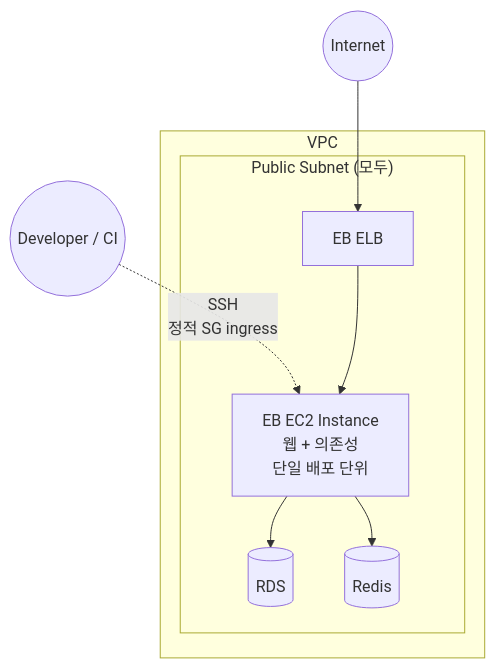
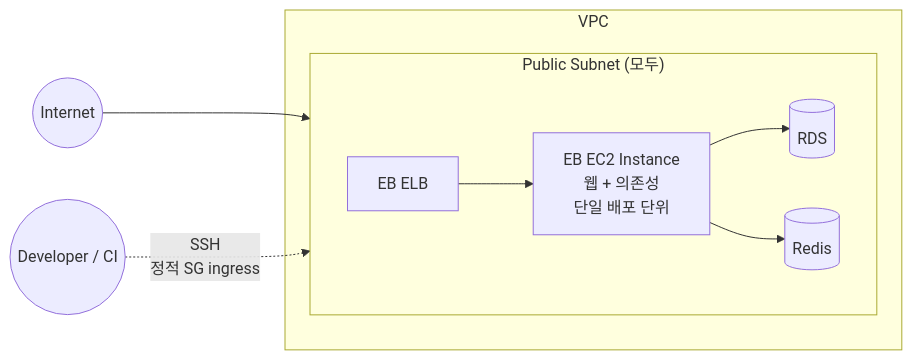
One commit to texasroh/texasroh.github.io changed the fifth of 6 diagrams in _portfolio/portfolio.md. Above: the diagram before and after it, drawn with Mermaid. The commit also changed other lines of this file, not shown here.

First line of the commit message:
docs(portfolio): horizontal 4.2 diagrams + restore 검색 row

````diff
--- a/_portfolio/portfolio.md
+++ b/_portfolio/portfolio.md
@@ -214,16 +214,17 @@
 ```mermaid
-flowchart TB
+flowchart LR
     Internet_b((Internet)) --> ELB["EB ELB"]
     Dev_b((Developer / CI)) -.->|"SSH<br/>정적 SG ingress"| EBInst
     subgraph VPC_b ["VPC"]
         subgraph Pub_b ["Public Subnet (모두)"]
+            direction LR
             ELB
             EBInst["EB EC2 Instance<br/>웹 + 의존성<br/>단일 배포 단위"]
             RDS_b[(RDS)]
             Redis_b[(Redis)]
         end
     end
     ELB --> EBInst
     EBInst --> RDS_b
     EBInst --> Redis_b
 ```
````
